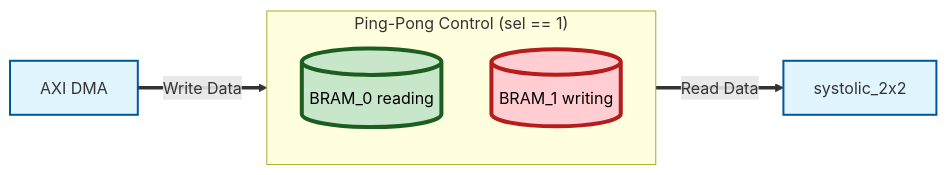
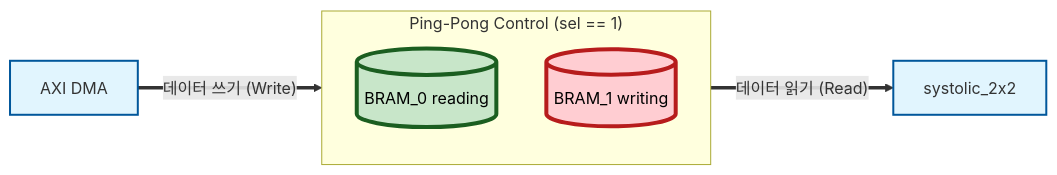
One commit to hwkim-dev/NPU-FPGA-Transformer-Accelerator-KV260 changed the third of 3 diagrams in Architecture/Ping-Pong_BRAM_Controller.md. Above: the diagram before and after it, drawn with Mermaid. The commit also changed other lines of this file and 111 other files, not shown here.

````diff
--- a/Architecture/Ping-Pong_BRAM_Controller.md
+++ b/Architecture/Ping-Pong_BRAM_Controller.md
@@ -138,21 +120,21 @@
 ```mermaid
 graph LR
     DMA[AXI DMA]:::input
     SYS[systolic_2x2]:::logic
     
     subgraph "Ping-Pong Control (sel == 1)"
         direction TB
         B0[("BRAM_0 reading")]:::activeRead
         B1[("BRAM_1 writing")]:::activeWrite
     end
 
-    %% Flow lines
-    DMA == "Write Data" ==> B1
-    B0 == "Read Data" ==> SYS
+    %% 흐름선
+    DMA == "데이터 쓰기 (Write)" ==> B1
+    B0 == "데이터 읽기 (Read)" ==> SYS
 
-    %% Style definitions
+    %% 스타일 정의
     classDef input fill:#e1f5fe,stroke:#01579b,stroke-width:2px;
     classDef logic fill:#e1f5fe,stroke:#01579b,stroke-width:2px;
     classDef activeWrite fill:#ffcdd2,stroke:#b71c1c,color:black,stroke-width:4px;
     classDef activeRead fill:#c8e6c9,stroke:#1b5e20,color:black,stroke-width:4px;
 ```
````
